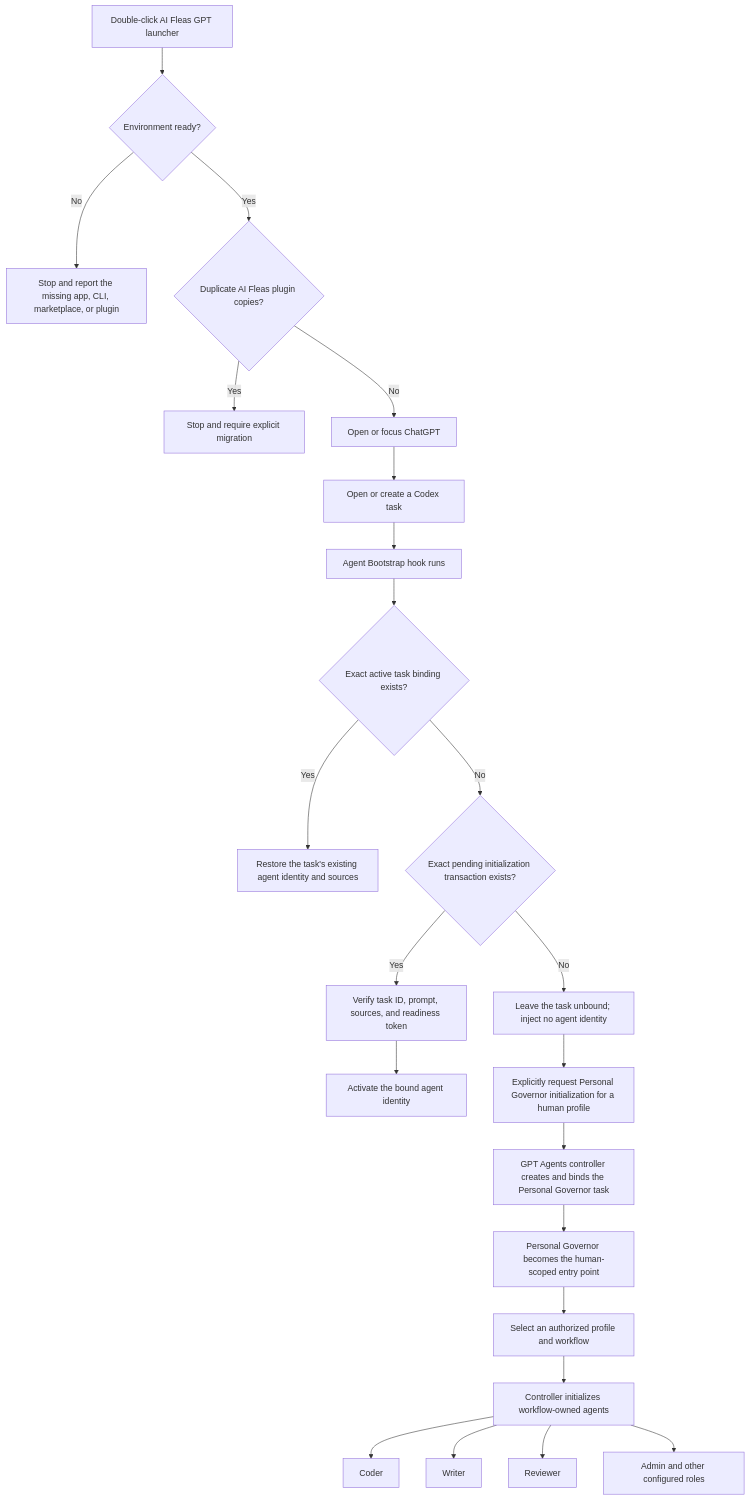
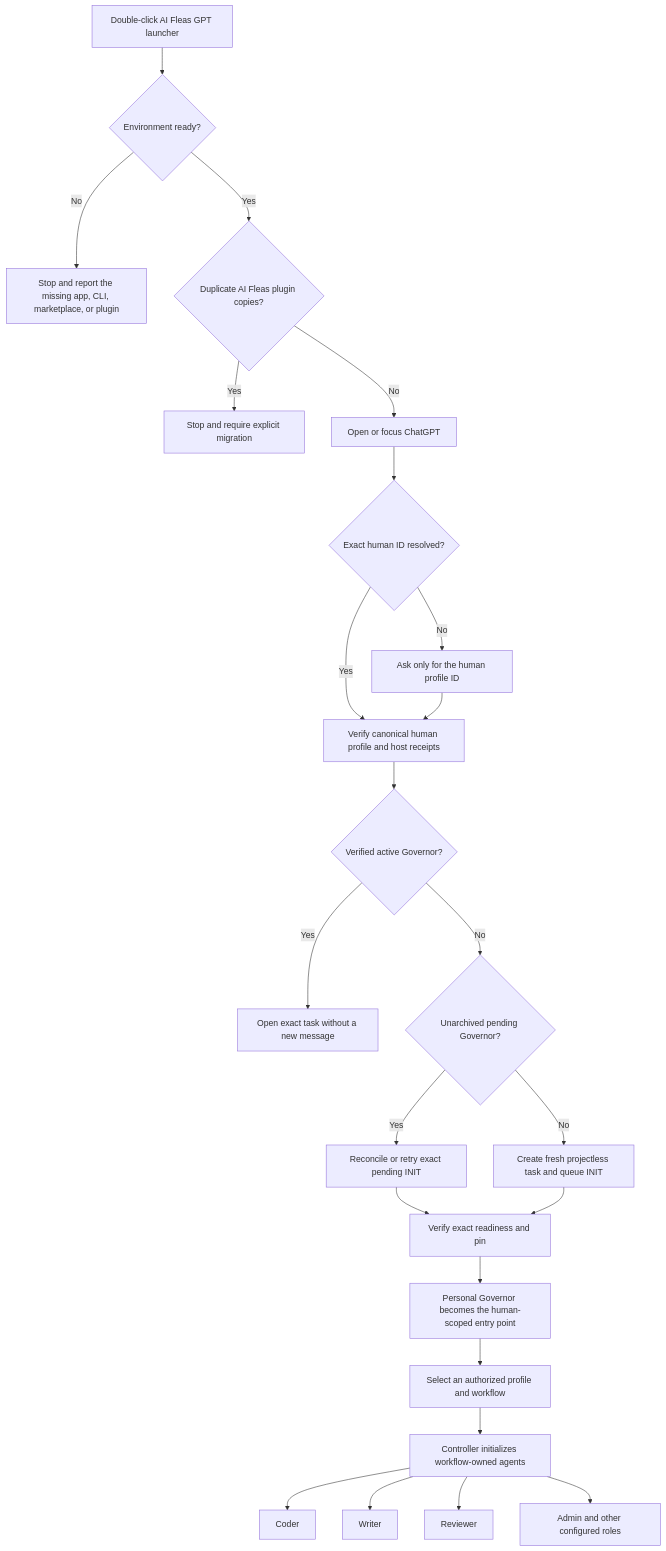
One commit to starodubtsevconsulting/ai-fleas changed the diagram in platforms/gpt-agents/README.md. Above: the diagram before and after it, drawn with Mermaid. The commit also changed other lines of this file and 22 other files, not shown here.

Commit message:
Enable Personal Governor bootstrap from GPT launcher and any chat

````diff
--- a/platforms/gpt-agents/README.md
+++ b/platforms/gpt-agents/README.md
@@ -70,27 +90,27 @@
 ```mermaid
 flowchart TD
     A[Double-click AI Fleas GPT launcher] --> B{Environment ready?}
     B -- No --> C[Stop and report the missing app, CLI, marketplace, or plugin]
     B -- Yes --> D{Duplicate AI Fleas plugin copies?}
     D -- Yes --> E[Stop and require explicit migration]
     D -- No --> F[Open or focus ChatGPT]
 
-    F --> G[Open or create a Codex task]
-    G --> H[Agent Bootstrap hook runs]
-    H --> I{Exact active task binding exists?}
-    I -- Yes --> J[Restore the task's existing agent identity and sources]
-    I -- No --> K{Exact pending initialization transaction exists?}
-    K -- No --> L[Leave the task unbound; inject no agent identity]
-    K -- Yes --> M[Verify task ID, prompt, sources, and readiness token]
-    M --> N[Activate the bound agent identity]
-
-    L --> O[Explicitly request Personal Governor initialization for a human profile]
-    O --> P[GPT Agents controller creates and binds the Personal Governor task]
-    P --> Q[Personal Governor becomes the human-scoped entry point]
+    F --> G{Exact human ID resolved?}
+    G -- No --> H[Ask only for the human profile ID]
+    G -- Yes --> I[Verify canonical human profile and host receipts]
+    H --> I
+    I --> J{Verified active Governor?}
+    J -- Yes --> K[Open exact task without a new message]
+    J -- No --> L{Unarchived pending Governor?}
+    L -- Yes --> M[Reconcile or retry exact pending INIT]
+    L -- No --> N[Create fresh projectless task and queue INIT]
+    M --> O[Verify exact readiness and pin]
+    N --> O
+    O --> Q[Personal Governor becomes the human-scoped entry point]
     Q --> R[Select an authorized profile and workflow]
     R --> S[Controller initializes workflow-owned agents]
     S --> T[Coder]
     S --> U[Writer]
     S --> V[Reviewer]
     S --> W[Admin and other configured roles]
 ```
````
